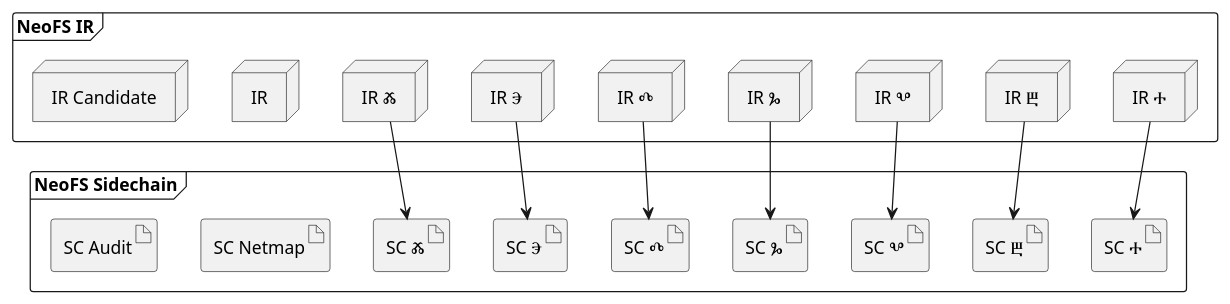
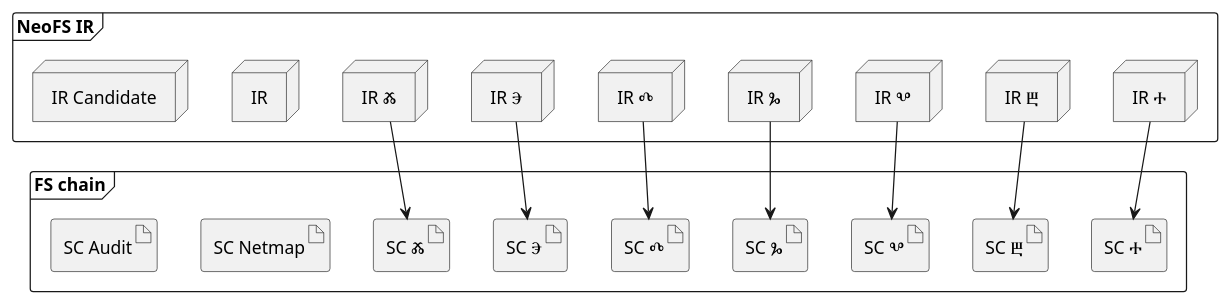
The diagram in 06-blockchain/pic/gov-scir.puml (nspcc-dev/neofs-spec), drawn with PlantUML before and after one commit. The commit also changed 17 other files, not shown here.

```diff
--- a/06-blockchain/pic/gov-scir.puml
+++ b/06-blockchain/pic/gov-scir.puml
@@ -1,40 +1,40 @@
 @startuml
 
 frame "NeoFS IR" {
 node "IR Ⰰ" as IRAz
 node "IR Ⰱ" as IRBuky
 node "IR Ⰲ" as IRVedi
 node "IR Ⰳ" as IRGlagoli
 node "IR Ⰴ" as IRDobro
 node "IR Ⰵ" as IRYest
 node "IR Ⰶ" as IRZhivete
 
 node "IR" as IR
 
 node "IR Candidate" as IRCN
 
 }
 
-frame "NeoFS Sidechain" {
+frame "FS chain" {
 artifact "SC Ⰰ" as SCAz
 artifact "SC Ⰱ" as SCBuky
 artifact "SC Ⰲ" as SCVedi
 artifact "SC Ⰳ" as SCGlagoli
 artifact "SC Ⰴ" as SCDobro
 artifact "SC Ⰵ" as SCYest
 artifact "SC Ⰶ" as SCZhivete
 
 artifact "SC Netmap" as NetmapSC
 artifact "SC Audit" as AuditSC
 }
 
 'Links and relations
 
 IRAz -->        SCAz
 IRBuky -->      SCBuky
 IRVedi -->      SCVedi
 IRGlagoli -->   SCGlagoli
 IRDobro -->     SCDobro
 IRYest -->      SCYest
 IRZhivete -->   SCZhivete
 @enduml
```
